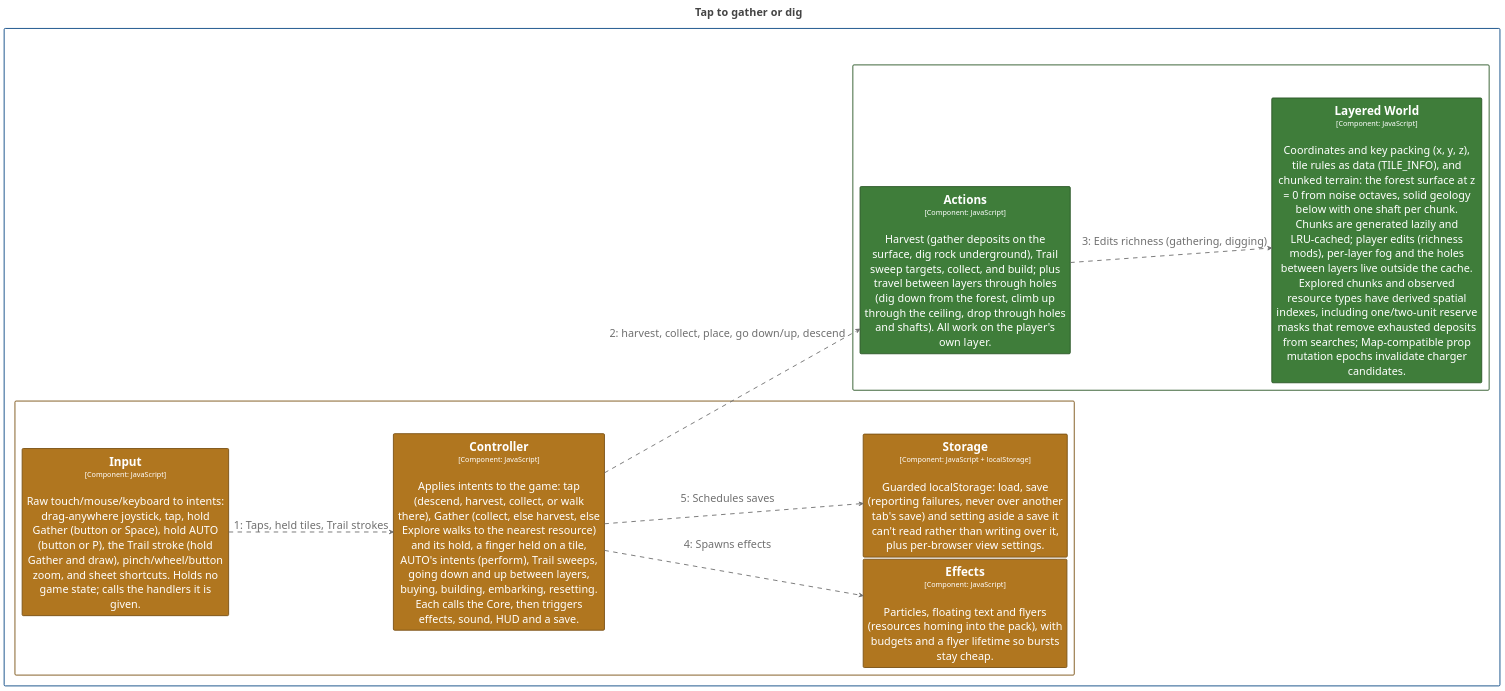
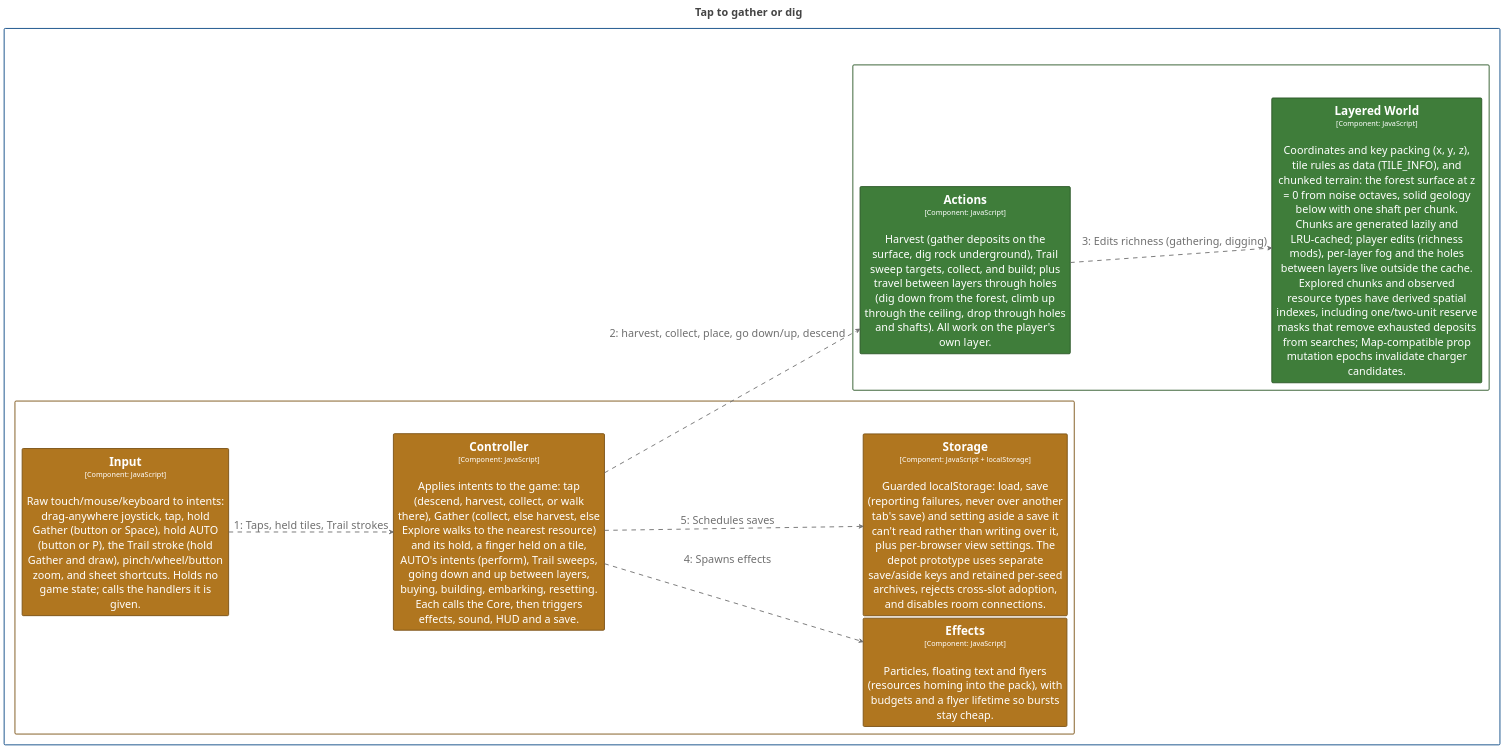
Before and after one commit to bitkojine/more-than-enough: the diagram in structurizr/diagrams/CollectFlow.puml, drawn with PlantUML. The commit also changed 45 other files, not shown here.

Commit message:
Prototype physical collection depots with indexed local hauling

```diff
--- a/structurizr/diagrams/CollectFlow.puml
+++ b/structurizr/diagrams/CollectFlow.puml
@@ -2,104 +2,104 @@
 @startuml
 title <size:24>Tap to gather or dig</size>
 
 set separator none
 left to right direction
 skinparam ranksep 20
 skinparam nodesep 5
 hide stereotype
 
 <style>
   root {
     BackgroundColor: #ffffff;
     FontColor: #444444;
   }
   // Element,Component,Core Engine
   .Element-RWxlbWVudCxDb21wb25lbnQsQ29yZSBFbmdpbmU= {
     BackgroundColor: #3f7d3a;
     LineColor: #2c5728;
     LineStyle: 0;
     LineThickness: 2;
     FontColor: #ffffff;
     FontSize: 24;
     HorizontalAlignment: center;
     Shadowing: 0;
     MaximumWidth: 450;
   }
   // Element,Component,Presentation
   .Element-RWxlbWVudCxDb21wb25lbnQsUHJlc2VudGF0aW9u {
     BackgroundColor: #b0761f;
     LineColor: #7b5215;
     LineStyle: 0;
     LineThickness: 2;
     FontColor: #ffffff;
     FontSize: 24;
     HorizontalAlignment: center;
     Shadowing: 0;
     MaximumWidth: 450;
   }
   // Relationship
   .Relationship-UmVsYXRpb25zaGlw {
     LineThickness: 2;
     LineStyle: 10-10;
     LineColor: #707070;
     FontColor: #707070;
     FontSize: 24;
     MaximumWidth: 200;
   }
   // MORE THAN ENOUGH
   .Boundary-TU9SRSBUSEFOIEVOT1VHSA== {
     BackgroundColor: #ffffff;
     LineColor: #0b4884;
     LineStyle: 0;
     LineThickness: 2;
     FontColor: #ffffff;
     FontSize: 24;
     HorizontalAlignment: center;
     Shadowing: 0;
   }
   // Simulation Core
   .Boundary-U2ltdWxhdGlvbiBDb3Jl {
     BackgroundColor: #ffffff;
     LineColor: #2c5728;
     LineStyle: 0;
     LineThickness: 2;
     FontColor: #ffffff;
     FontSize: 24;
     HorizontalAlignment: center;
     Shadowing: 0;
   }
   // Web Application
   .Boundary-V2ViIEFwcGxpY2F0aW9u {
     BackgroundColor: #ffffff;
     LineColor: #7b5215;
     LineStyle: 0;
     LineThickness: 2;
     FontColor: #ffffff;
     FontSize: 24;
     HorizontalAlignment: center;
     Shadowing: 0;
   }
 </style>
 
 rectangle "MORE THAN ENOUGH\n<size:16>[Software System]</size>" <<Boundary-TU9SRSBUSEFOIEVOT1VHSA==>> {
   rectangle "Simulation Core\n<size:16>[Container: JavaScript modules (browser + Node)]</size>" <<Boundary-U2ltdWxhdGlvbiBDb3Jl>> {
     rectangle "==Layered World\n<size:16>[Component: JavaScript]</size>\n\nCoordinates and key packing (x, y, z), tile rules as data (TILE_INFO), and chunked terrain: the forest surface at z = 0 from noise octaves, solid geology below with one shaft per chunk. Chunks are generated lazily and LRU-cached; player edits (richness mods), per-layer fog and the holes between layers live outside the cache. Explored chunks and observed resource types have derived spatial indexes, including one/two-unit reserve masks that remove exhausted deposits from searches; Map-compatible prop mutation epochs invalidate charger candidates." <<Element-RWxlbWVudCxDb21wb25lbnQsQ29yZSBFbmdpbmU=>> as MORETHANENOUGH.SimulationCore.LayeredWorld
     rectangle "==Actions\n<size:16>[Component: JavaScript]</size>\n\nHarvest (gather deposits on the surface, dig rock underground), Trail sweep targets, collect, and build; plus travel between layers through holes (dig down from the forest, climb up through the ceiling, drop through holes and shafts). All work on the player's own layer." <<Element-RWxlbWVudCxDb21wb25lbnQsQ29yZSBFbmdpbmU=>> as MORETHANENOUGH.SimulationCore.Actions
   }
 
   rectangle "Web Application\n<size:16>[Container: HTML/CSS/JavaScript modules]</size>" <<Boundary-V2ViIEFwcGxpY2F0aW9u>> {
     rectangle "==Effects\n<size:16>[Component: JavaScript]</size>\n\nParticles, floating text and flyers (resources homing into the pack), with budgets and a flyer lifetime so bursts stay cheap." <<Element-RWxlbWVudCxDb21wb25lbnQsUHJlc2VudGF0aW9u>> as MORETHANENOUGH.WebApplication.Effects
-    rectangle "==Storage\n<size:16>[Component: JavaScript + localStorage]</size>\n\nGuarded localStorage: load, save (reporting failures, never over another tab's save) and setting aside a save it can't read rather than writing over it, plus per-browser view settings." <<Element-RWxlbWVudCxDb21wb25lbnQsUHJlc2VudGF0aW9u>> as MORETHANENOUGH.WebApplication.Storage
+    rectangle "==Storage\n<size:16>[Component: JavaScript + localStorage]</size>\n\nGuarded localStorage: load, save (reporting failures, never over another tab's save) and setting aside a save it can't read rather than writing over it, plus per-browser view settings. The depot prototype uses separate save/aside keys and retained per-seed archives, rejects cross-slot adoption, and disables room connections." <<Element-RWxlbWVudCxDb21wb25lbnQsUHJlc2VudGF0aW9u>> as MORETHANENOUGH.WebApplication.Storage
     rectangle "==Input\n<size:16>[Component: JavaScript]</size>\n\nRaw touch/mouse/keyboard to intents: drag-anywhere joystick, tap, hold Gather (button or Space), hold AUTO (button or P), the Trail stroke (hold Gather and draw), pinch/wheel/button zoom, and sheet shortcuts. Holds no game state; calls the handlers it is given." <<Element-RWxlbWVudCxDb21wb25lbnQsUHJlc2VudGF0aW9u>> as MORETHANENOUGH.WebApplication.Input
     rectangle "==Controller\n<size:16>[Component: JavaScript]</size>\n\nApplies intents to the game: tap (descend, harvest, collect, or walk there), Gather (collect, else harvest, else Explore walks to the nearest resource) and its hold, a finger held on a tile, AUTO's intents (perform), Trail sweeps, going down and up between layers, buying, building, embarking, resetting. Each calls the Core, then triggers effects, sound, HUD and a save." <<Element-RWxlbWVudCxDb21wb25lbnQsUHJlc2VudGF0aW9u>> as MORETHANENOUGH.WebApplication.Controller
   }
 
 }
 
 MORETHANENOUGH.WebApplication.Input --> MORETHANENOUGH.WebApplication.Controller <<Relationship-UmVsYXRpb25zaGlw>> : "1: Taps, held tiles, Trail strokes"
 MORETHANENOUGH.WebApplication.Controller --> MORETHANENOUGH.SimulationCore.Actions <<Relationship-UmVsYXRpb25zaGlw>> : "2: harvest, collect, place, go down/up, descend"
 MORETHANENOUGH.SimulationCore.Actions --> MORETHANENOUGH.SimulationCore.LayeredWorld <<Relationship-UmVsYXRpb25zaGlw>> : "3: Edits richness (gathering, digging)"
 MORETHANENOUGH.WebApplication.Controller --> MORETHANENOUGH.WebApplication.Effects <<Relationship-UmVsYXRpb25zaGlw>> : "4: Spawns effects"
 MORETHANENOUGH.WebApplication.Controller --> MORETHANENOUGH.WebApplication.Storage <<Relationship-UmVsYXRpb25zaGlw>> : "5: Schedules saves"
 
 @enduml
```
